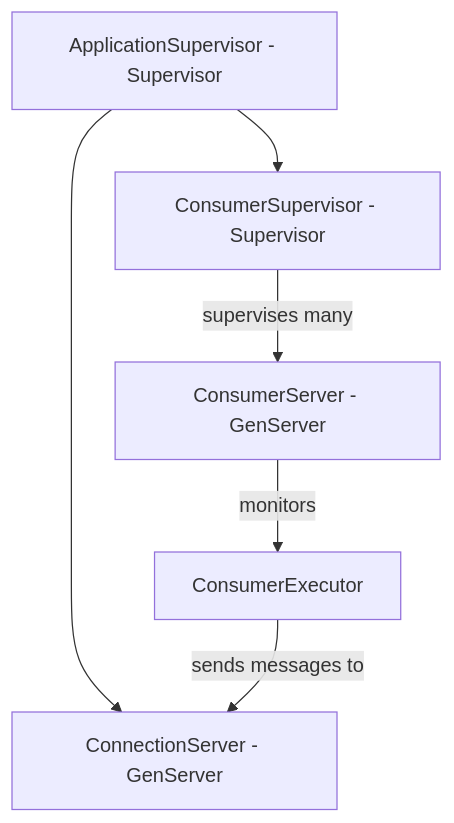
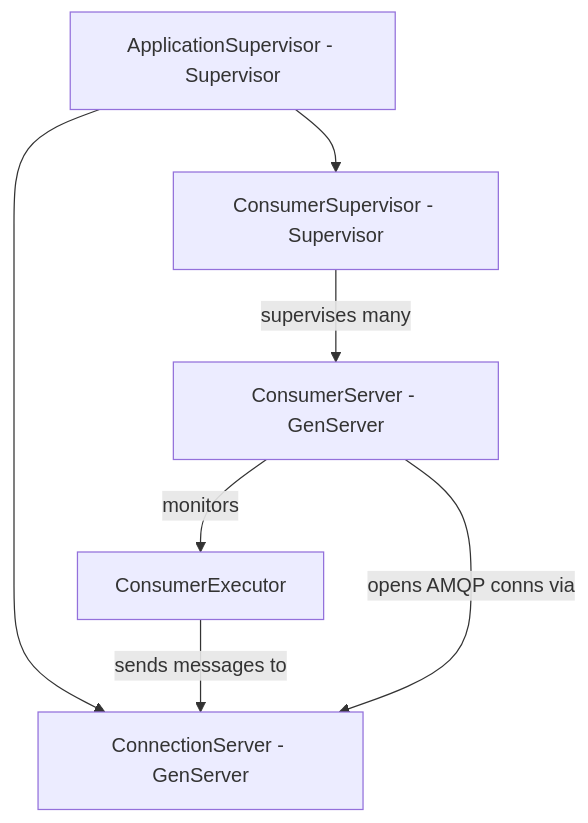
Before and after one commit to coingaming/coney: the diagram in README.md, drawn with Mermaid.

Commit message:
missing link in architecture README

````diff
--- a/README.md
+++ b/README.md
@@ -292,8 +292,9 @@
 ```mermaid
   graph TD;
       A[ApplicationSupervisor - Supervisor] --> B[ConsumerSupervisor - Supervisor];
       A --> C[ConnectionServer - GenServer];
       B -- supervises many --> D[ConsumerServer - GenServer];
       D -- monitors --> E[ConsumerExecutor];
       E -- sends messages to --> C;
+      D -- opens AMQP conns via --> C;
 ```
````
